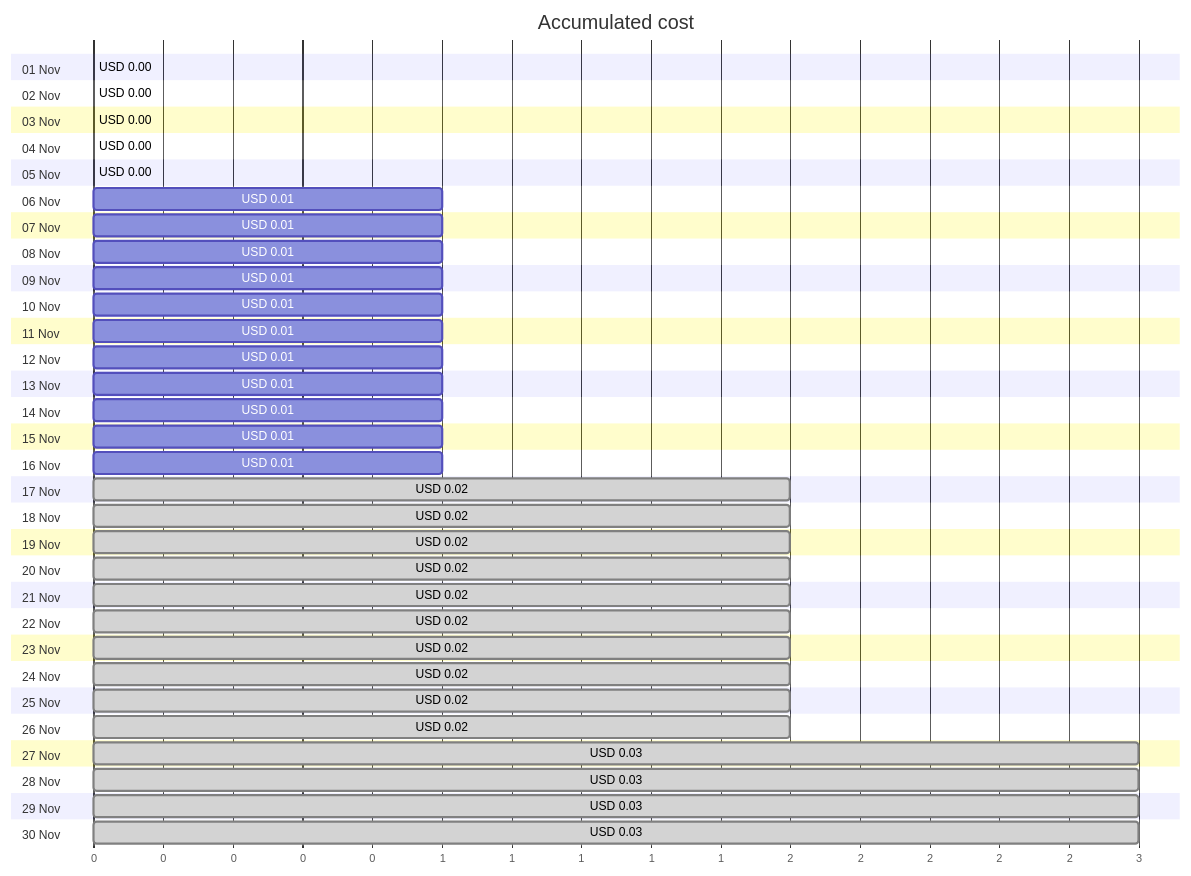
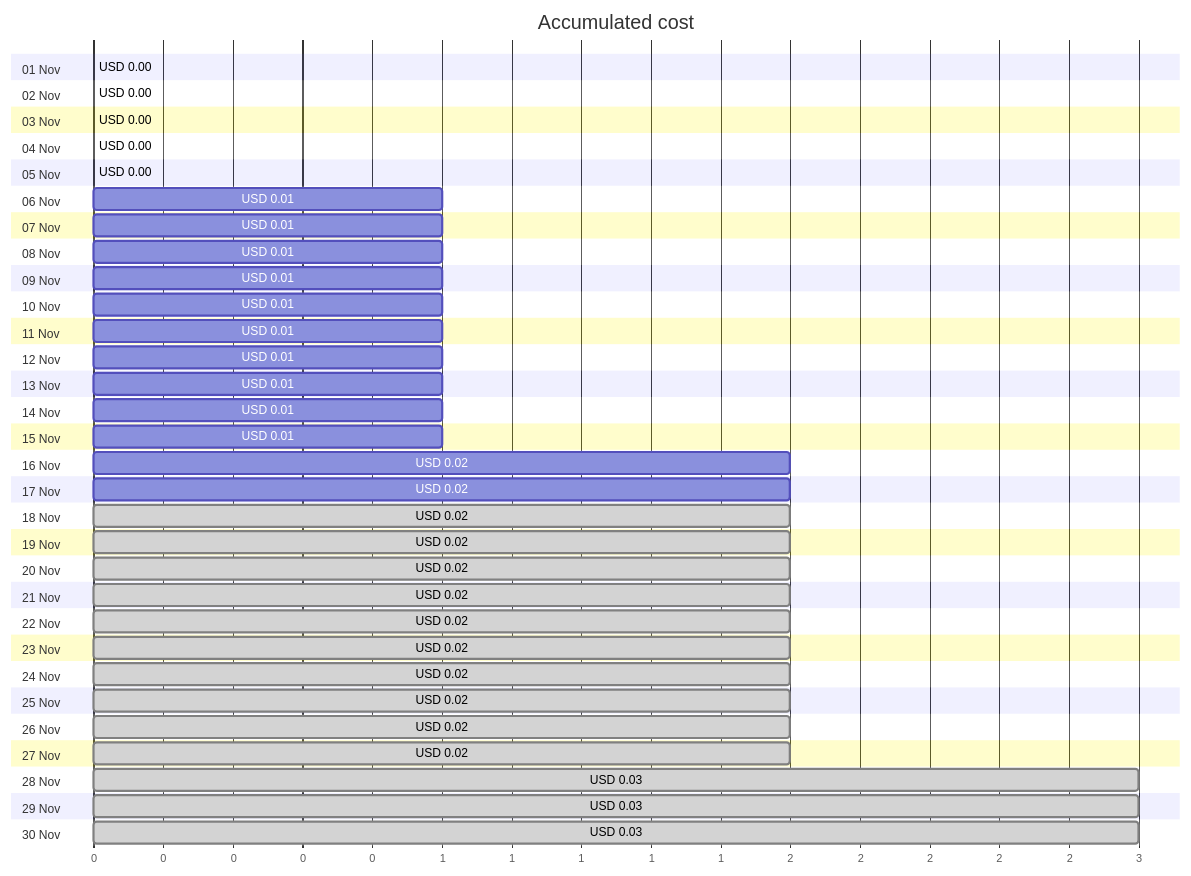
The first of 4 diagrams in cost-reports/personal-site/personalsiteapipreview.md (jpfulton/azure-personal-reports), drawn with Mermaid before and after one commit. The commit also changed other lines of this file and 6 other files, not shown here.

````diff
--- a/cost-reports/personal-site/personalsiteapipreview.md
+++ b/cost-reports/personal-site/personalsiteapipreview.md
@@ -20,66 +20,66 @@
 ```mermaid
 gantt
    title Accumulated cost
    dateFormat  X
    axisFormat %s
    section 01 Nov
    USD 0.00 :0, 0
    section 02 Nov
    USD 0.00 :0, 0
    section 03 Nov
    USD 0.00 :0, 0
    section 04 Nov
    USD 0.00 :0, 0
    section 05 Nov
    USD 0.00 :0, 0
    section 06 Nov
    USD 0.01 :0, 1
    section 07 Nov
    USD 0.01 :0, 1
    section 08 Nov
    USD 0.01 :0, 1
    section 09 Nov
    USD 0.01 :0, 1
    section 10 Nov
    USD 0.01 :0, 1
    section 11 Nov
    USD 0.01 :0, 1
    section 12 Nov
    USD 0.01 :0, 1
    section 13 Nov
    USD 0.01 :0, 1
    section 14 Nov
    USD 0.01 :0, 1
    section 15 Nov
    USD 0.01 :0, 1
    section 16 Nov
-   USD 0.01 :0, 1
+   USD 0.02 :0, 2
    section 17 Nov
-   USD 0.02 : done, 0, 2
+   USD 0.02 :0, 2
    section 18 Nov
    USD 0.02 : done, 0, 2
    section 19 Nov
    USD 0.02 : done, 0, 2
    section 20 Nov
    USD 0.02 : done, 0, 2
    section 21 Nov
    USD 0.02 : done, 0, 2
    section 22 Nov
    USD 0.02 : done, 0, 2
    section 23 Nov
    USD 0.02 : done, 0, 2
    section 24 Nov
    USD 0.02 : done, 0, 2
    section 25 Nov
    USD 0.02 : done, 0, 2
    section 26 Nov
    USD 0.02 : done, 0, 2
    section 27 Nov
-   USD 0.03 : done, 0, 3
+   USD 0.02 : done, 0, 2
    section 28 Nov
    USD 0.03 : done, 0, 3
    section 29 Nov
    USD 0.03 : done, 0, 3
    section 30 Nov
    USD 0.03 : done, 0, 3
 ```
````
